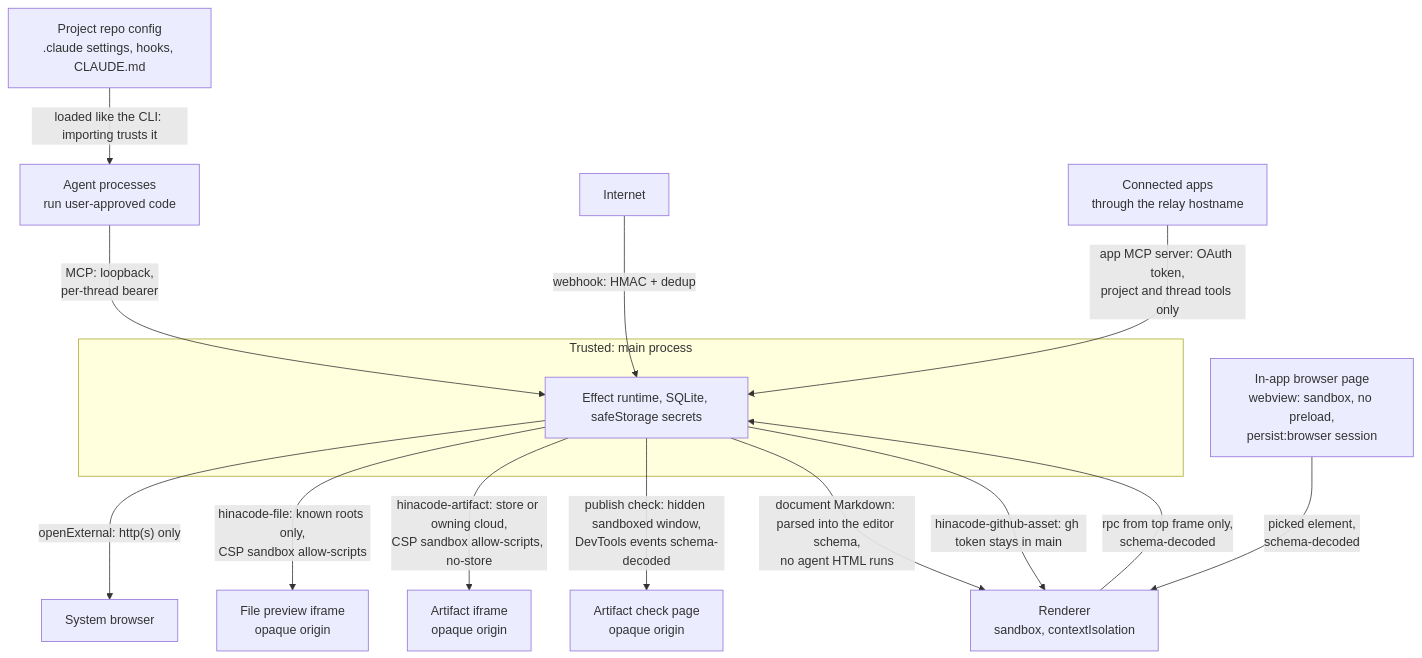
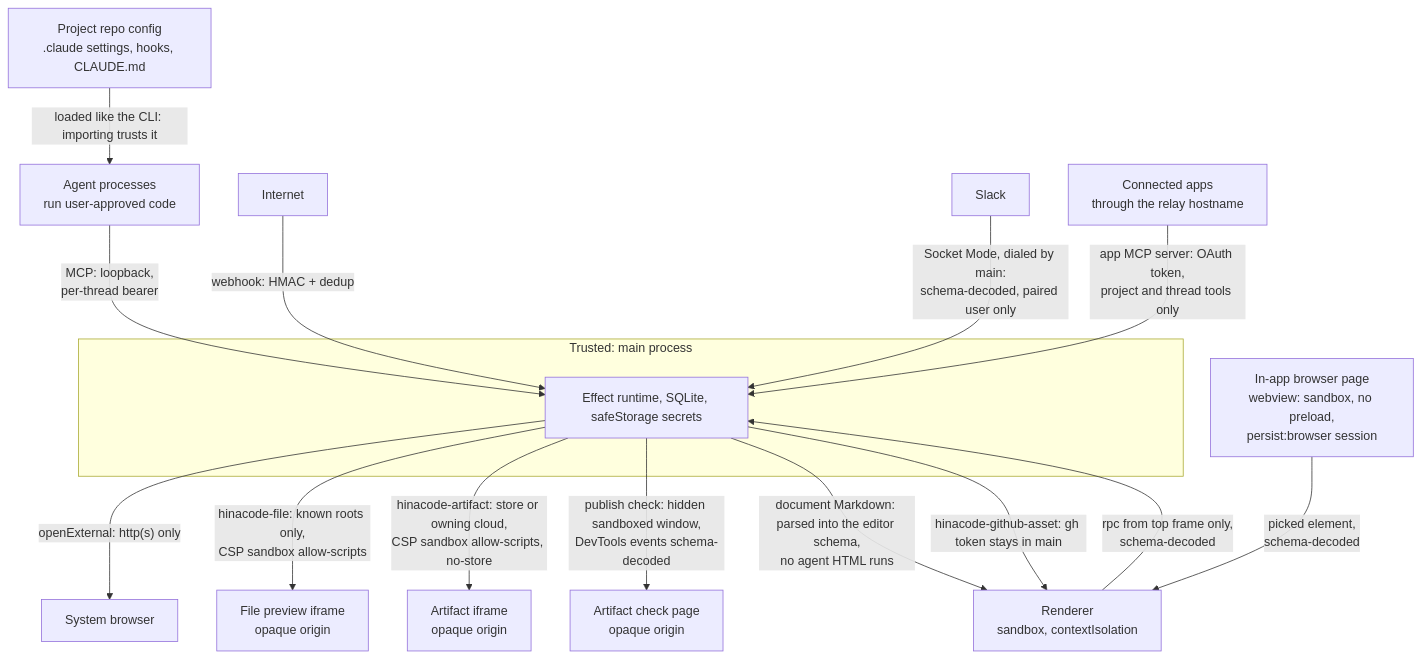
Before and after one commit to hinadev-ai/hinacode: diagram 19 of 19 in docs/arch.md, drawn with Mermaid. The commit also changed other lines of this file and 1 other file, not shown here.

Commit message:
docs(slack): record what the connect slice built

````diff
--- a/docs/arch.md
+++ b/docs/arch.md
@@ -738,18 +739,19 @@
 ```mermaid
 flowchart TB
   subgraph trusted["Trusted: main process"]
     main["Effect runtime, SQLite, safeStorage secrets"]
   end
   renderer["Renderer<br/>sandbox, contextIsolation"] -- "rpc from top frame only,<br/>schema-decoded" --> main
   agents["Agent processes<br/>run user-approved code"] -- "MCP: loopback,<br/>per-thread bearer" --> main
   net["Internet"] -- "webhook: HMAC + dedup" --> main
+  slack["Slack"] -- "Socket Mode, dialed by main:<br/>schema-decoded, paired user only" --> main
   outside["Connected apps<br/>through the relay hostname"] -- "app MCP server: OAuth token,<br/>project and thread tools only" --> main
   main -- "openExternal: http(s) only" --> browser["System browser"]
   page["In-app browser page<br/>webview: sandbox, no preload,<br/>persist:browser session"] -- "picked element,<br/>schema-decoded" --> renderer
   repo["Project repo config<br/>.claude settings, hooks, CLAUDE.md"] -- "loaded like the CLI: importing trusts it" --> agents
   main -- "hinacode-file: known roots only,<br/>CSP sandbox allow-scripts" --> preview["File preview iframe<br/>opaque origin"]
   main -- "hinacode-artifact: store or owning cloud,<br/>CSP sandbox allow-scripts, no-store" --> artifact["Artifact iframe<br/>opaque origin"]
   main -- "publish check: hidden sandboxed window,<br/>DevTools events schema-decoded" --> check["Artifact check page<br/>opaque origin"]
   main -- "document Markdown: parsed into the editor schema,<br/>no agent HTML runs" --> renderer
   main -- "hinacode-github-asset: gh token stays in main" --> renderer
 ```
````
